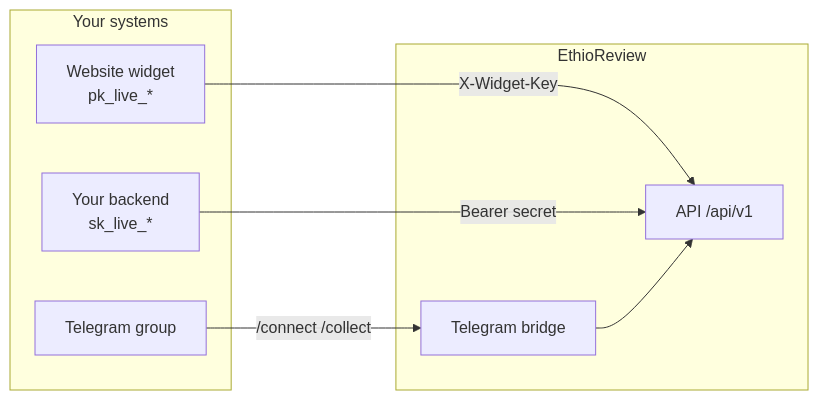
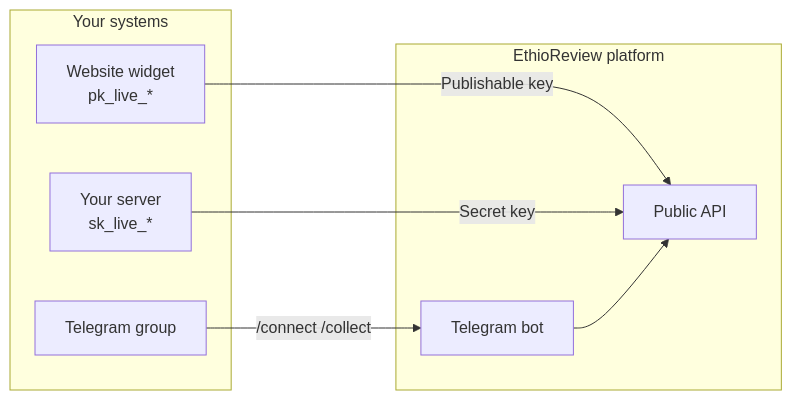
One commit to ethioreview/docs changed the diagram in introduction.mdx. Above: the diagram before and after it, drawn with Mermaid. The commit also changed other lines of this file and 11 other files, not shown here.

````diff
--- a/introduction.mdx
+++ b/introduction.mdx
@@ -29,16 +29,16 @@
 ```mermaid
 flowchart LR
   subgraph YourSystems [Your systems]
     Website["Website widget\npk_live_*"]
-    Backend["Your backend\nsk_live_*"]
+    Server["Your server\nsk_live_*"]
     Telegram["Telegram group"]
   end
-  subgraph EthioReview [EthioReview]
-    API["API /api/v1"]
-    BotBridge["Telegram bridge"]
+  subgraph EthioReview [EthioReview platform]
+    API["Public API"]
+    Bot["Telegram bot"]
   end
-  Website -->|X-Widget-Key| API
-  Backend -->|Bearer secret| API
-  Telegram -->|/connect /collect| BotBridge
-  BotBridge --> API
+  Website -->|Publishable key| API
+  Server -->|Secret key| API
+  Telegram -->|/connect /collect| Bot
+  Bot --> API
 ```
````
